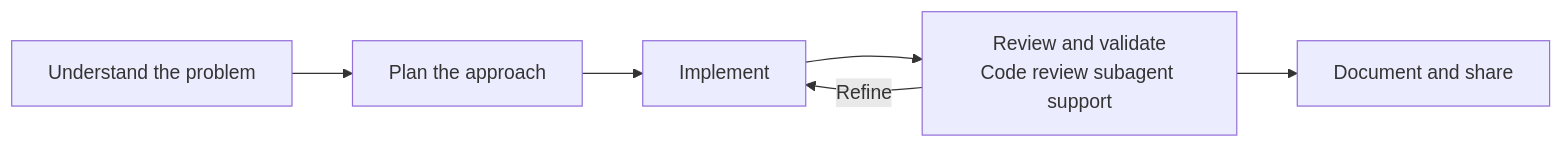
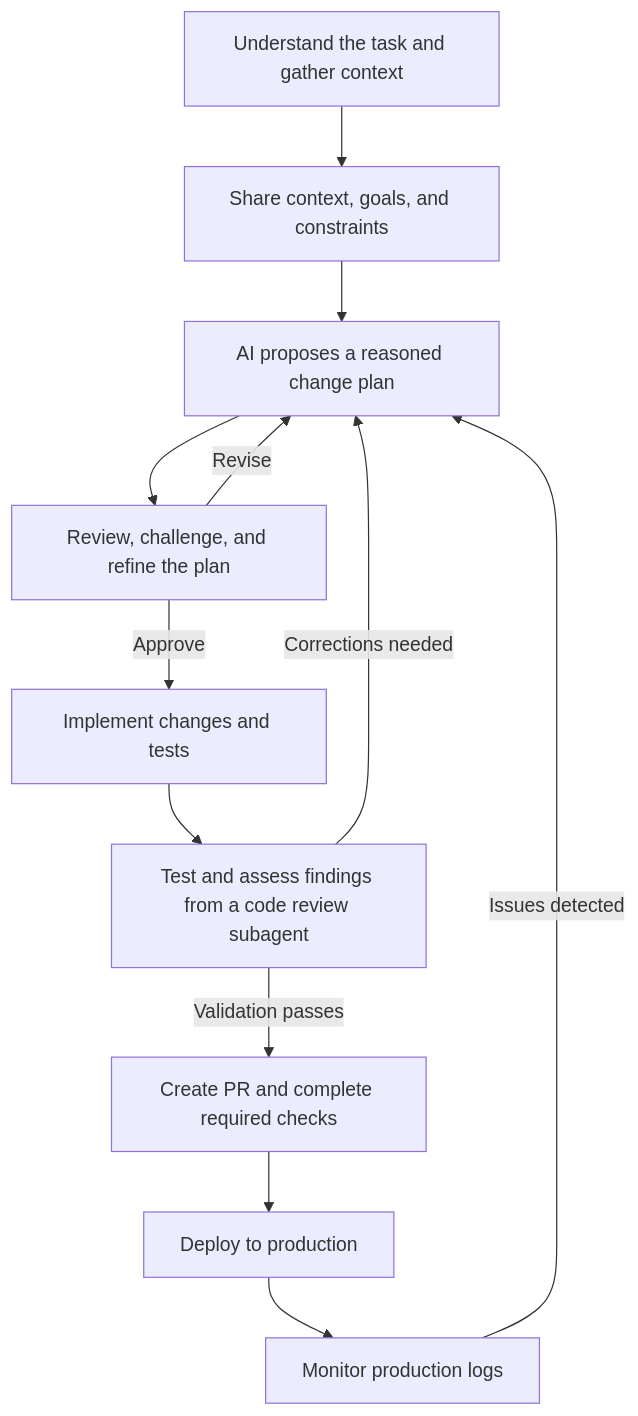
One commit to hugoriveros18/hugoriveros18 changed the diagram in README.md. Above: the diagram before and after it, drawn with Mermaid. The commit also changed other lines of this file, not shown here.

Commit message:
Expand AI-assisted workflow with planning, review, release, and production monitoring

````diff
--- a/README.md
+++ b/README.md
@@ -68,8 +68,14 @@
 ```mermaid
-flowchart LR
-    A["Understand the problem"] --> B["Plan the approach"]
-    B --> C["Implement"]
-    C --> D["Review and validate<br/>Code review subagent support"]
-    D --> E["Document and share"]
-    D -->|"Refine"| C
+flowchart TD
+    A["Understand the task and gather context"] --> B["Share context, goals, and constraints"]
+    B --> C["AI proposes a reasoned change plan"]
+    C --> D["Review, challenge, and refine the plan"]
+    D -->|"Approve"| E["Implement changes and tests"]
+    D -->|"Revise"| C
+    E --> F["Test and assess findings from a code review subagent"]
+    F -->|"Corrections needed"| C
+    F -->|"Validation passes"| G["Create PR and complete required checks"]
+    G --> H["Deploy to production"]
+    H --> I["Monitor production logs"]
+    I -->|"Issues detected"| C
 ```
````
